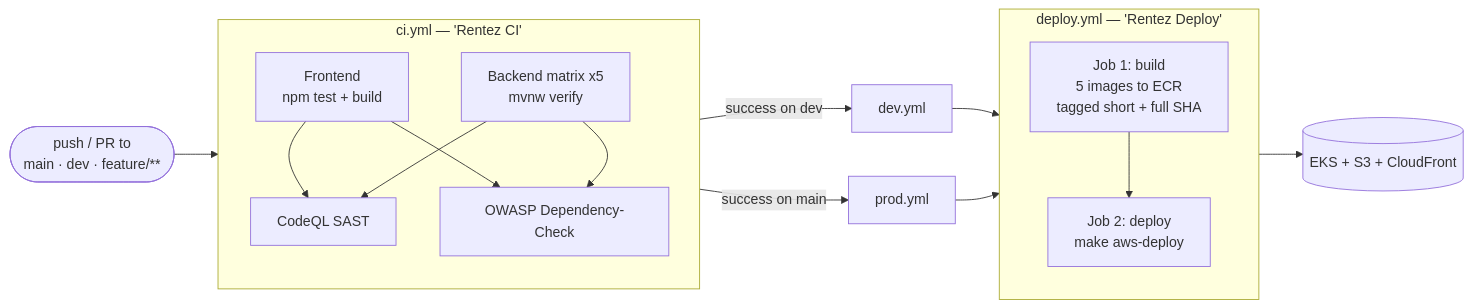
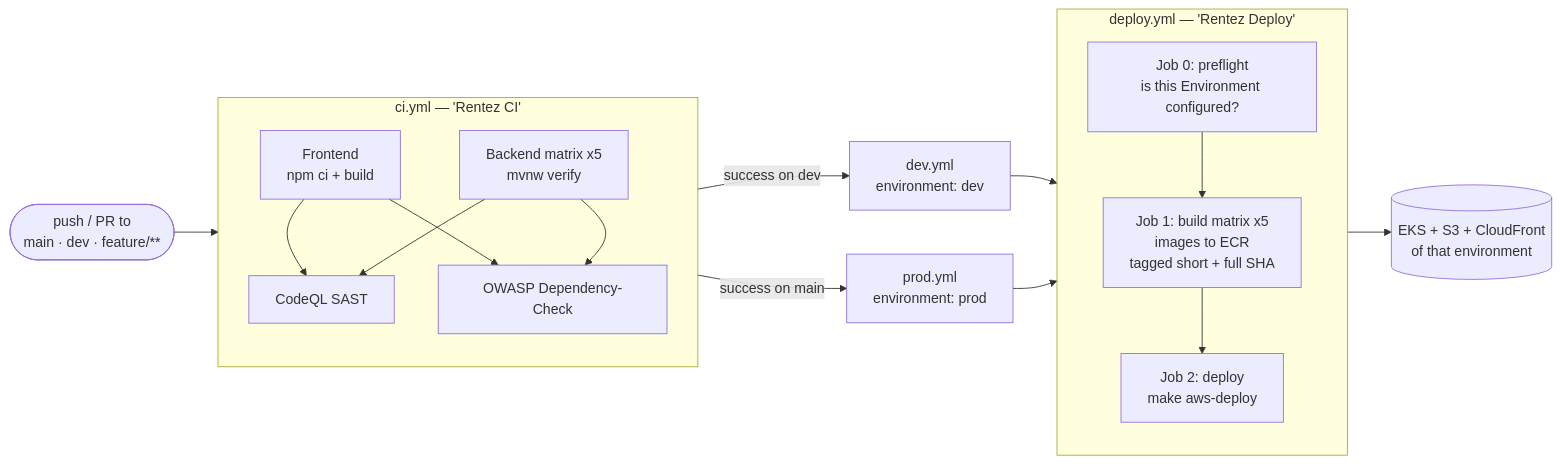
One commit to Uygnis/NUS-ISS-ASS-Practice-Module changed the first of 2 diagrams in docs/cicd-pipeline.md. Above: the diagram before and after it, drawn with Mermaid. The commit also changed other lines of this file and 76 other files, not shown here.

````diff
--- a/docs/cicd-pipeline.md
+++ b/docs/cicd-pipeline.md
@@ -8,27 +8,28 @@
 ```mermaid
 flowchart LR
     subgraph CI["ci.yml — 'Rentez CI'"]
         direction TB
-        FE[Frontend<br/>npm test + build]
+        FE[Frontend<br/>npm ci + build]
         BE[Backend matrix x5<br/>mvnw verify]
         SAST[CodeQL SAST]
         SCA[OWASP Dependency-Check]
         FE & BE --> SAST & SCA
     end
 
     PUSH([push / PR to<br/>main · dev · feature/**]) --> CI
 
-    CI -->|success on dev| DEVW[dev.yml]
-    CI -->|success on main| PRODW[prod.yml]
+    CI -->|success on dev| DEVW["dev.yml<br/>environment: dev"]
+    CI -->|success on main| PRODW["prod.yml<br/>environment: prod"]
 
     DEVW & PRODW --> DEP
 
     subgraph DEP["deploy.yml — 'Rentez Deploy'"]
         direction TB
-        B[Job 1: build<br/>5 images to ECR<br/>tagged short + full SHA]
+        P[Job 0: preflight<br/>is this Environment configured?]
+        B[Job 1: build matrix x5<br/>images to ECR<br/>tagged short + full SHA]
         D[Job 2: deploy<br/>make aws-deploy]
-        B --> D
+        P --> B --> D
     end
 
-    D --> AWS[(EKS + S3 + CloudFront)]
+    D --> AWS[(EKS + S3 + CloudFront<br/>of that environment)]
 ```
````
